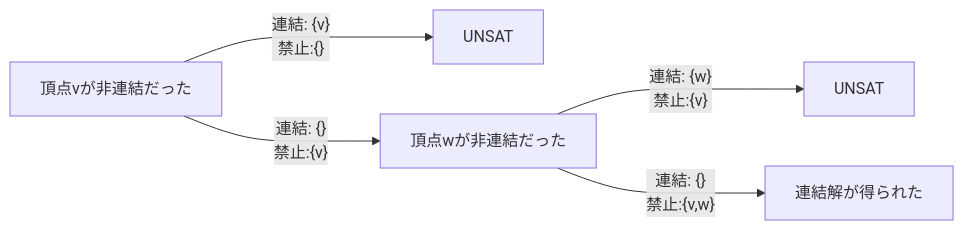
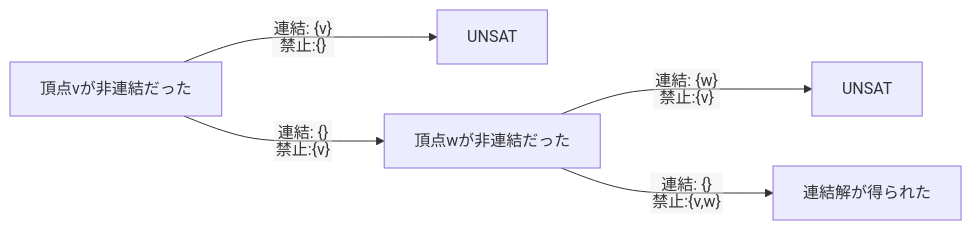
Before and after one commit to Mojashi/slides: the diagram in mmd/connectivity_branch.mmd, drawn with Mermaid.

```diff
--- a/mmd/connectivity_branch.mmd
+++ b/mmd/connectivity_branch.mmd
@@ -1,7 +1,8 @@
+%%{init: { "flowchart": {"htmlLabels":false }} }%%
 graph LR
 
 a[頂点vが非連結だった]
 a--->|"連結: {v}<br/>禁止:{}"| b[UNSAT]
 a--->|"連結: {}<br/>禁止:{v}"| c[頂点wが非連結だった]
 c--->|"連結: {w}<br/>禁止:{v}"| d[UNSAT]
 c--->|"連結: {}<br/>禁止:{v,w}"| e[連結解が得られた]
```
